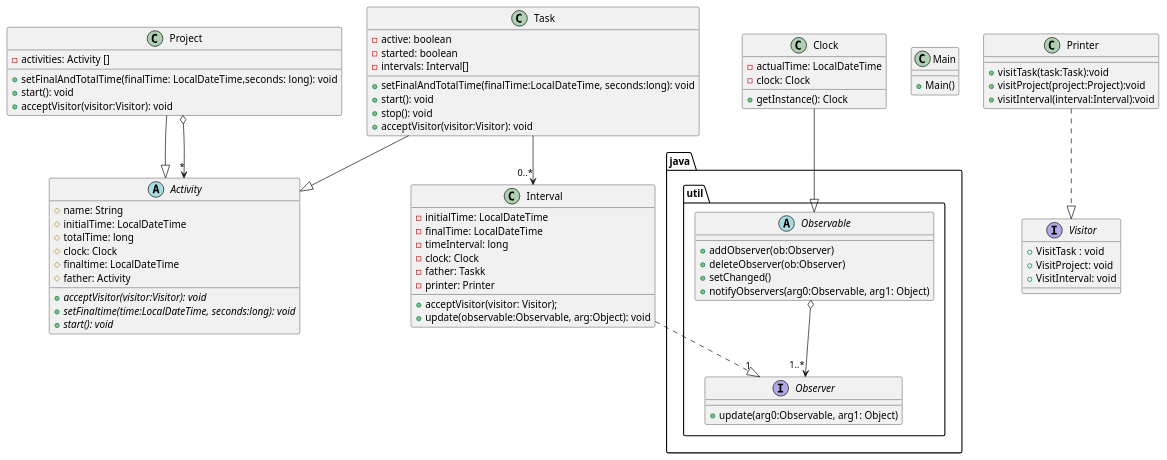
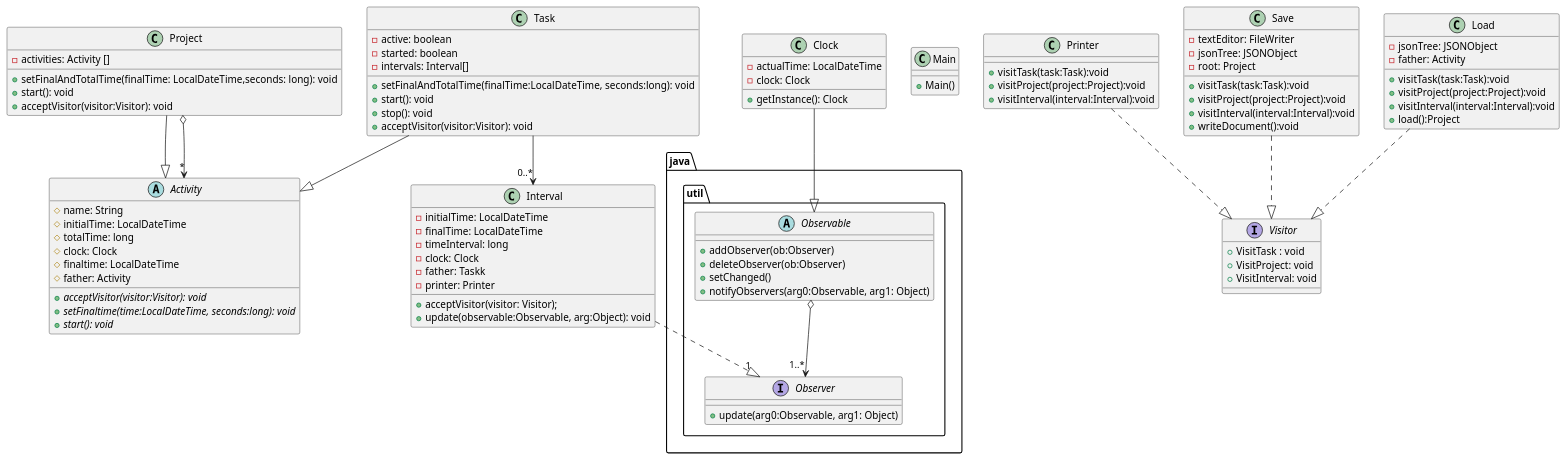
One commit to JPeaceK/TimeTracker changed the diagram in TimeTacker/src/Milestone1_Diagram.puml. Above: the diagram before and after it, drawn with PlantUML.

```diff
--- a/TimeTacker/src/Milestone1_Diagram.puml
+++ b/TimeTacker/src/Milestone1_Diagram.puml
@@ -1,103 +1,123 @@
 @startuml
 skinparam classAtributeIconSize 0
 abstract class Activity{
 # name: String
 # initialTime: LocalDateTime
 # totalTime: long
 # clock: Clock
 # finaltime: LocalDateTime
 # father: Activity
 + {abstract}acceptVisitor(visitor:Visitor): void
 + {abstract}setFinaltime(time:LocalDateTime, seconds:long): void
 + {abstract}start(): void
 }
 
 class Project{
 
 - activities: Activity []
 + setFinalAndTotalTime(finalTime: LocalDateTime,seconds: long): void
 + start(): void
 + acceptVisitor(visitor:Visitor): void
 
 }
 
 class Task{
 - active: boolean
 - started: boolean
 - intervals: Interval[]
 + setFinalAndTotalTime(finalTime:LocalDateTime, seconds:long): void
 + start(): void
 + stop(): void
 + acceptVisitor(visitor:Visitor): void
 
 }
 
 class Interval{
 - initialTime: LocalDateTime
 - finalTime: LocalDateTime
 - timeInterval: long
 - clock: Clock
 - father: Taskk
 - printer: Printer
 
 + acceptVisitor(visitor: Visitor);
 + update(observable:Observable, arg:Object): void
 }
 
 
 
 
 
 class Main{
 + Main()
 }
 
 
 class Printer{
 + visitTask(task:Task):void
 + visitProject(project:Project):void
 + visitInterval(interval:Interval):void
 }
 
 class Clock
 {
 - actualTime: LocalDateTime
 - clock: Clock 
 + getInstance(): Clock
 
 }
 
 
 package java.util <<Folder>>{
 
 abstract class Observable{
 +addObserver(ob:Observer)
 +deleteObserver(ob:Observer)
 +setChanged()
 +notifyObservers(arg0:Observable, arg1: Object)
 }
 interface Observer{
 + update(arg0:Observable, arg1: Object)
 }
 
 
 }
 
 interface Visitor{
 + VisitTask : void
 + VisitProject: void
 + VisitInterval: void
 
 }
 
+class Save{
+- textEditor: FileWriter
+- jsonTree: JSONObject
+- root: Project
+
++ visitTask(task:Task):void
++ visitProject(project:Project):void
++ visitInterval(interval:Interval):void
++ writeDocument():void
+}
+class Load{
+- jsonTree: JSONObject
+- father: Activity
++ visitTask(task:Task):void
++ visitProject(project:Project):void
++ visitInterval(interval:Interval):void
++ load():Project
+}
 Task --|> Activity
 Project --|> Activity
 Project o--> "*" Activity
 Observable o--> "1..*" Observer
 
 Clock --|> Observable 
 Task -->"0..*" Interval
 Interval ..|> "1" Observer
 
 Printer ..|> Visitor
+Save ..|> Visitor
+Load ..|> Visitor
 @enduml
```
